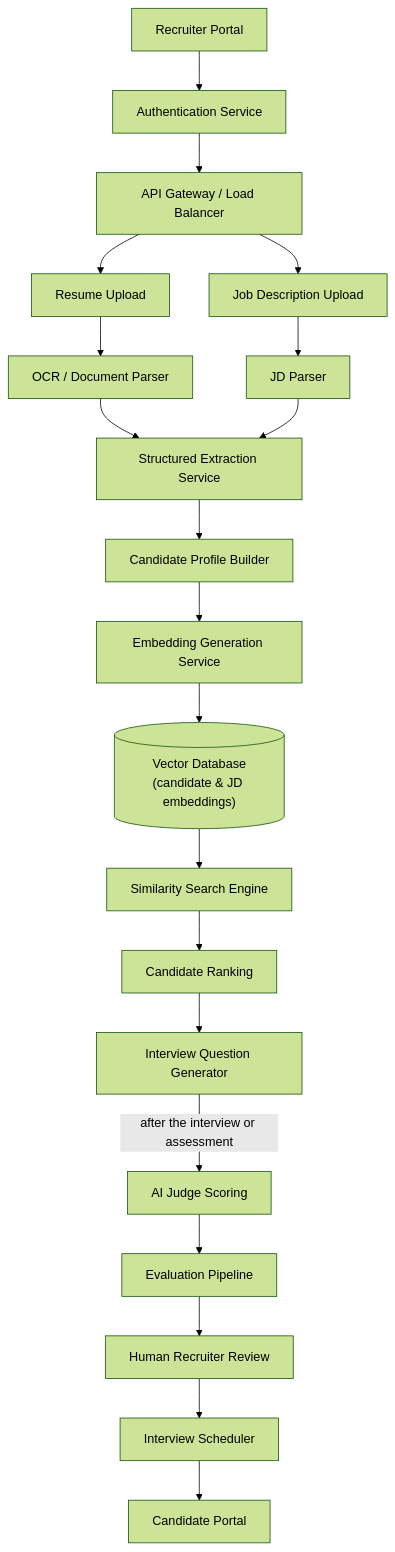
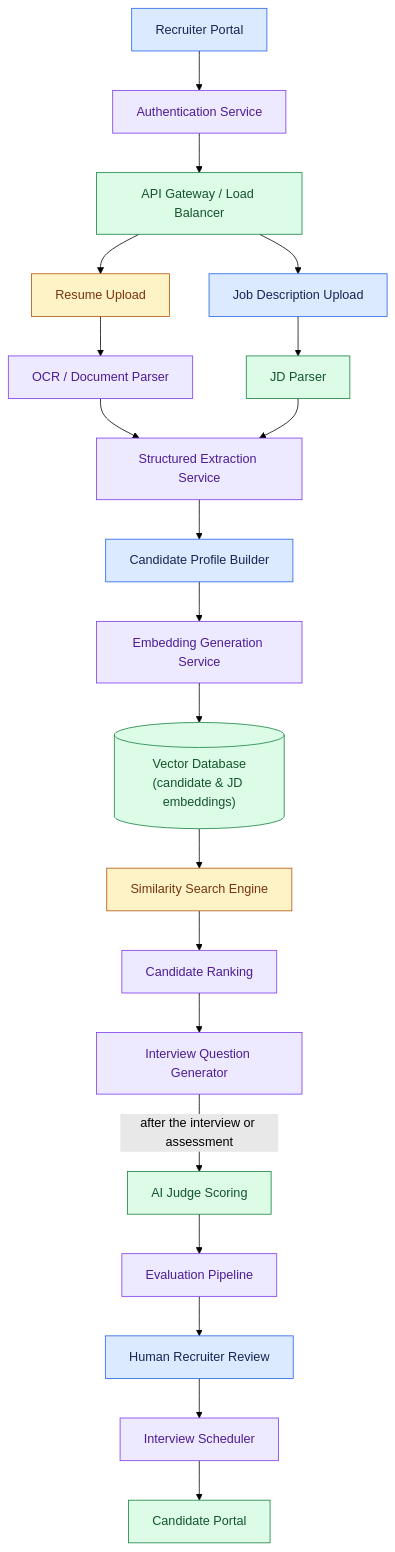
One commit to Sourav692/Forward-Deployed-Engineer-Interview-Prep changed the first of 2 diagrams in site/content/modules/15-fde-case-studies/standalone-designs/recruiting-platform/casebook.md. Above: the diagram before and after it, drawn with Mermaid (forest theme). The commit also changed other lines of this file and 1268 other files, not shown here.

First line of the commit message:
content: polish Casebook writing and Mermaid diagrams (#251)

````diff
--- a/site/content/modules/15-fde-case-studies/standalone-designs/recruiting-platform/casebook.md
+++ b/site/content/modules/15-fde-case-studies/standalone-designs/recruiting-platform/casebook.md
@@ -25,28 +27,38 @@
 ```mermaid
 flowchart TD
     A[Recruiter Portal] --> B[Authentication Service]
     B --> C[API Gateway / Load Balancer]
 
     C --> D[Resume Upload]
     C --> E[Job Description Upload]
 
     D --> F[OCR / Document Parser]
     E --> G[JD Parser]
 
     F --> H[Structured Extraction Service]
     G --> H
 
     H --> I[Candidate Profile Builder]
     I --> J[Embedding Generation Service]
     J --> K[("Vector Database<br/>(candidate & JD embeddings)")]
     K --> L[Similarity Search Engine]
     L --> M[Candidate Ranking]
 
     M --> N[Interview Question Generator]
     N -->|after the interview or assessment| O[AI Judge Scoring]
     O --> P[Evaluation Pipeline]
 
     P --> Q[Human Recruiter Review]
     Q --> R[Interview Scheduler]
     R --> S[Candidate Portal]
+
+    %% Casebook colours: entry, reasoning, results, controls, and stopped paths.
+    classDef cbInput fill:#dbeafe,stroke:#2563eb,color:#172554
+    class A,E,I,Q cbInput
+    classDef cbReason fill:#ede9fe,stroke:#7c3aed,color:#4c1d95
+    class B,F,H,J,M,N,P,R cbReason
+    classDef cbAction fill:#dcfce7,stroke:#15803d,color:#14532d
+    class C,G,K,O,S cbAction
+    classDef cbPolicy fill:#fef3c7,stroke:#b45309,color:#78350f
+    class D,L cbPolicy
 ```
````
